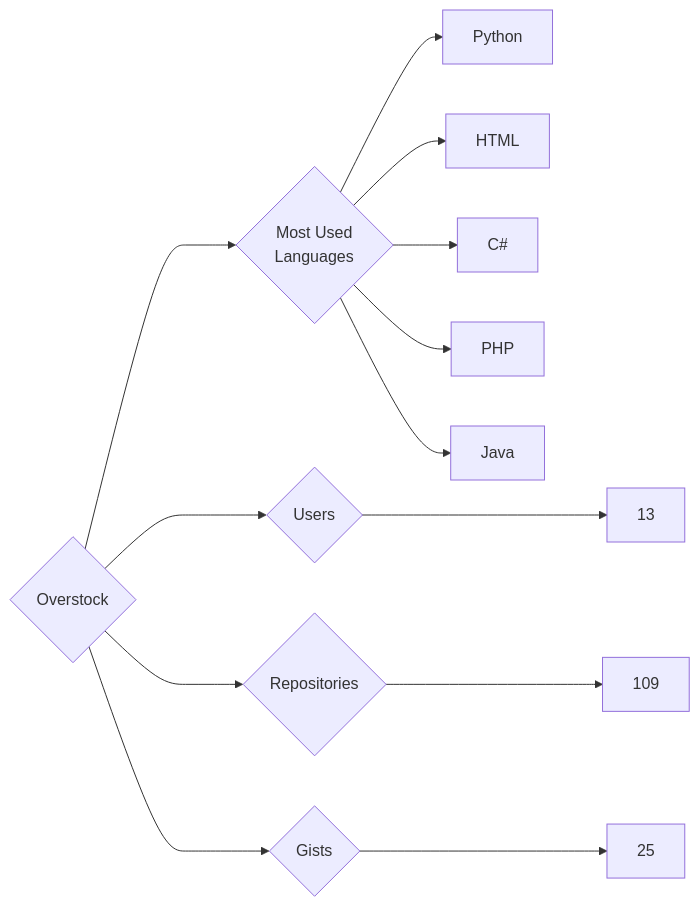
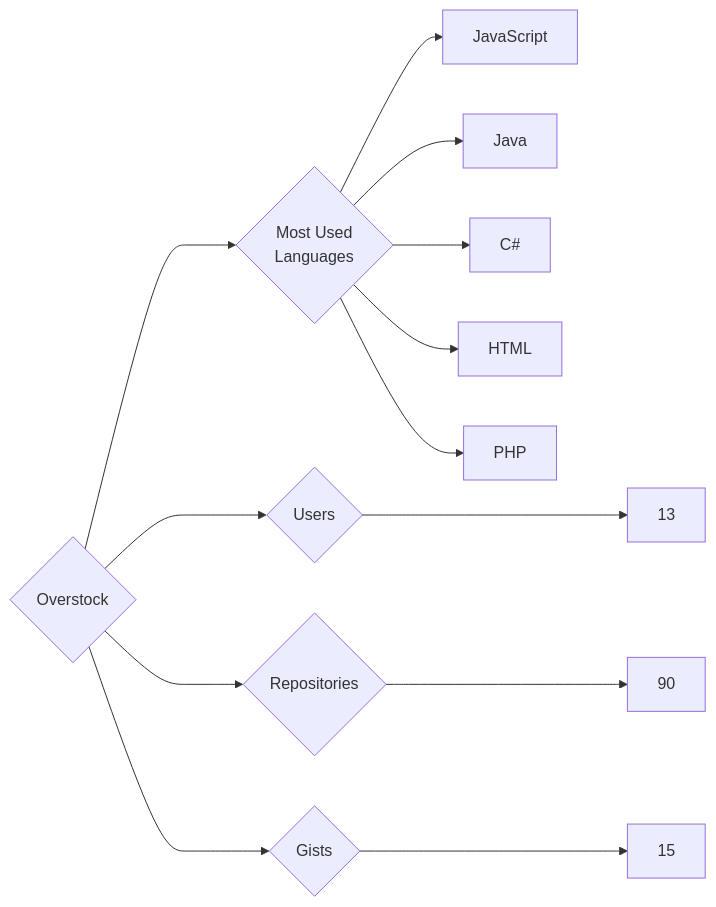
One commit to trickest/insiders changed the diagram in targets/Overstock/README.md. Above: the diagram before and after it, drawn with Mermaid. The commit also changed 1011 other files, not shown here.

````diff
--- a/targets/Overstock/README.md
+++ b/targets/Overstock/README.md
@@ -3,13 +3,13 @@
 ```mermaid
 graph LR
 COMPANY_NAME{Overstock}
 COMPANY_NAME ---> U{Users} ---> UN[13]
-COMPANY_NAME ---> R{Repositories} ---> RN[109]
-COMPANY_NAME ---> G{Gists} ---> GN[25]
+COMPANY_NAME ---> R{Repositories} ---> RN[90]
+COMPANY_NAME ---> G{Gists} ---> GN[15]
 COMPANY_NAME ---> ML{Most Used<br>Languages}
-ML --> Python[Python]
+ML --> JavaScript[JavaScript]
+ML --> Java[Java]
+ML --> C#[C#]
 ML --> HTML[HTML]
-ML --> C#[C#]
 ML --> PHP[PHP]
-ML --> Java[Java]
 ```
````
